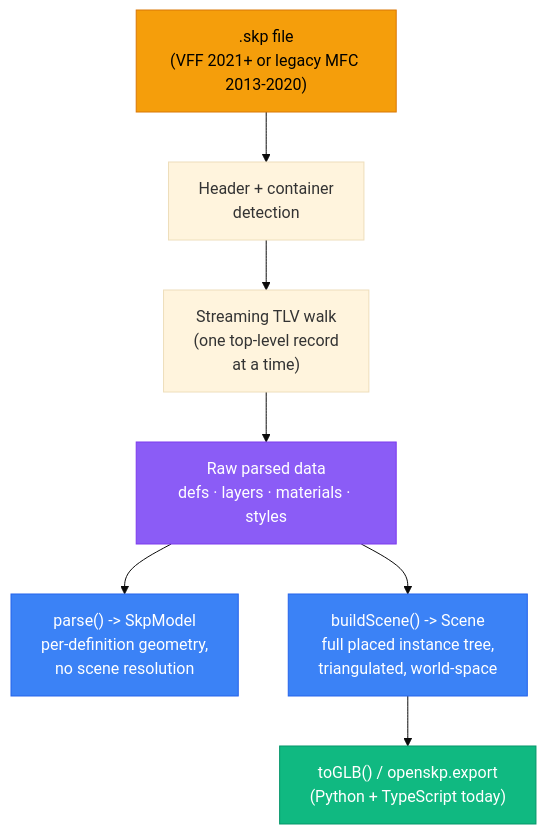
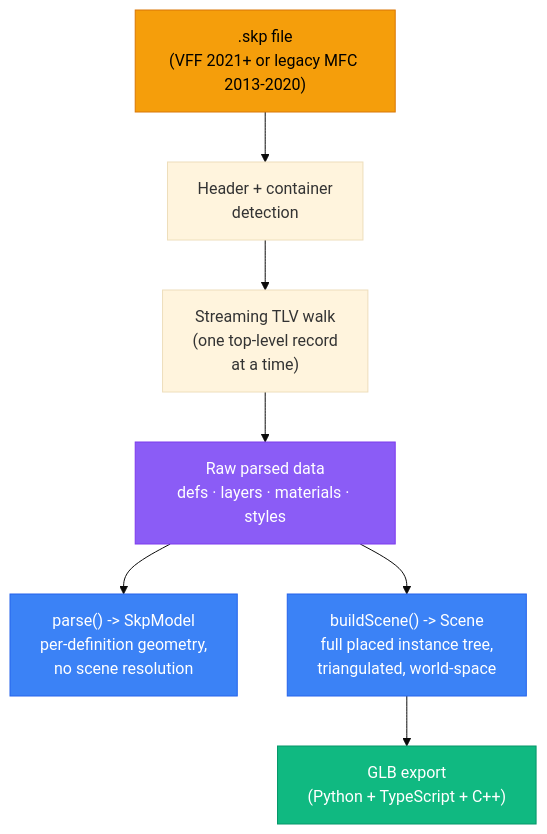
One commit to MoCongxin/openskp changed the diagram in README.md. Above: the diagram before and after it, drawn with Mermaid (base theme). The commit also changed other lines of this file and 22 other files, not shown here.

First line of the commit message:
Add C++ GLB export

````diff
--- a/README.md
+++ b/README.md
@@ -205,15 +207,15 @@
 ```mermaid
 graph TB
     SKP[".skp file<br/>(VFF 2021+ or legacy MFC 2013-2020)"] --> HDR["Header + container<br/>detection"]
     HDR --> WALK["Streaming TLV walk<br/>(one top-level record<br/>at a time)"]
     WALK --> RAW["Raw parsed data<br/>defs · layers · materials · styles"]
     RAW --> PARSE["parse() -> SkpModel<br/>per-definition geometry,<br/>no scene resolution"]
     RAW --> SCENE["buildScene() -> Scene<br/>full placed instance tree,<br/>triangulated, world-space"]
-    SCENE --> GLB["toGLB() / openskp.export<br/>(Python + TypeScript today)"]
+    SCENE --> GLB["GLB export<br/>(Python + TypeScript + C++)"]
 
     style SKP fill:#f59e0b,color:#000,stroke:#d97706
     style RAW fill:#8b5cf6,color:#fff,stroke:#7c3aed
     style PARSE fill:#3b82f6,color:#fff,stroke:#2563eb
     style SCENE fill:#3b82f6,color:#fff,stroke:#2563eb
     style GLB fill:#10b981,color:#fff,stroke:#059669
 ```
````
